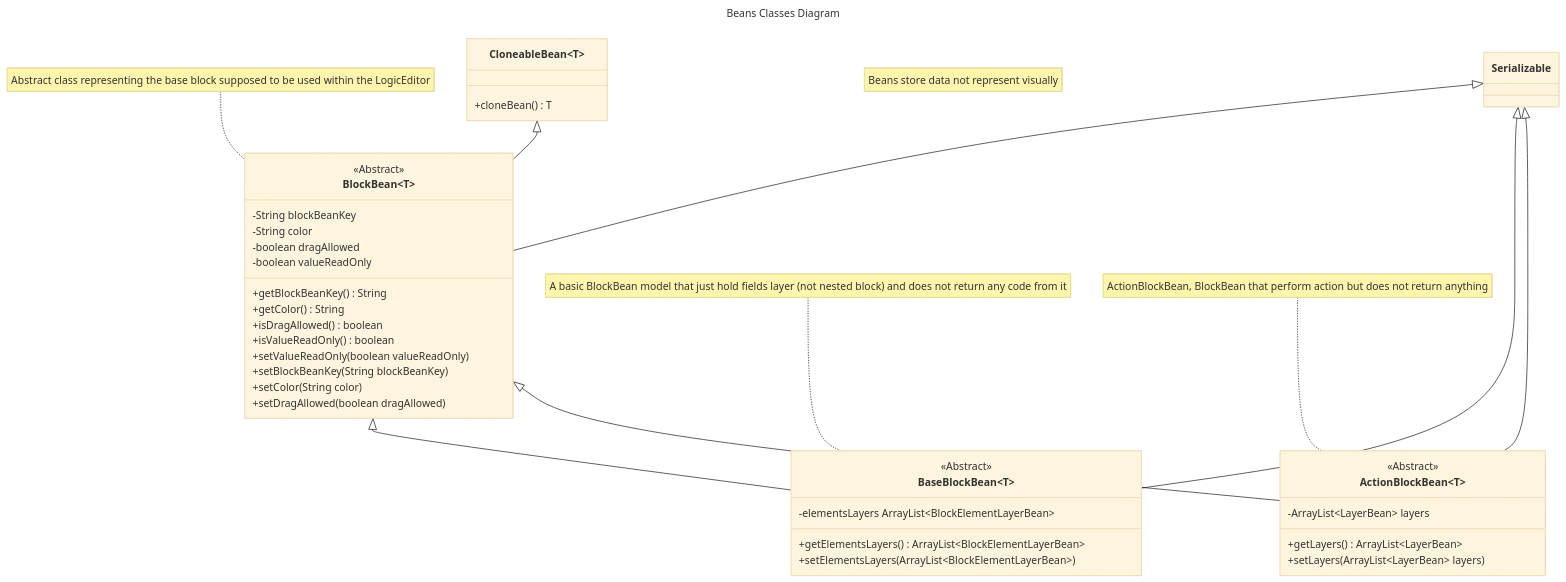
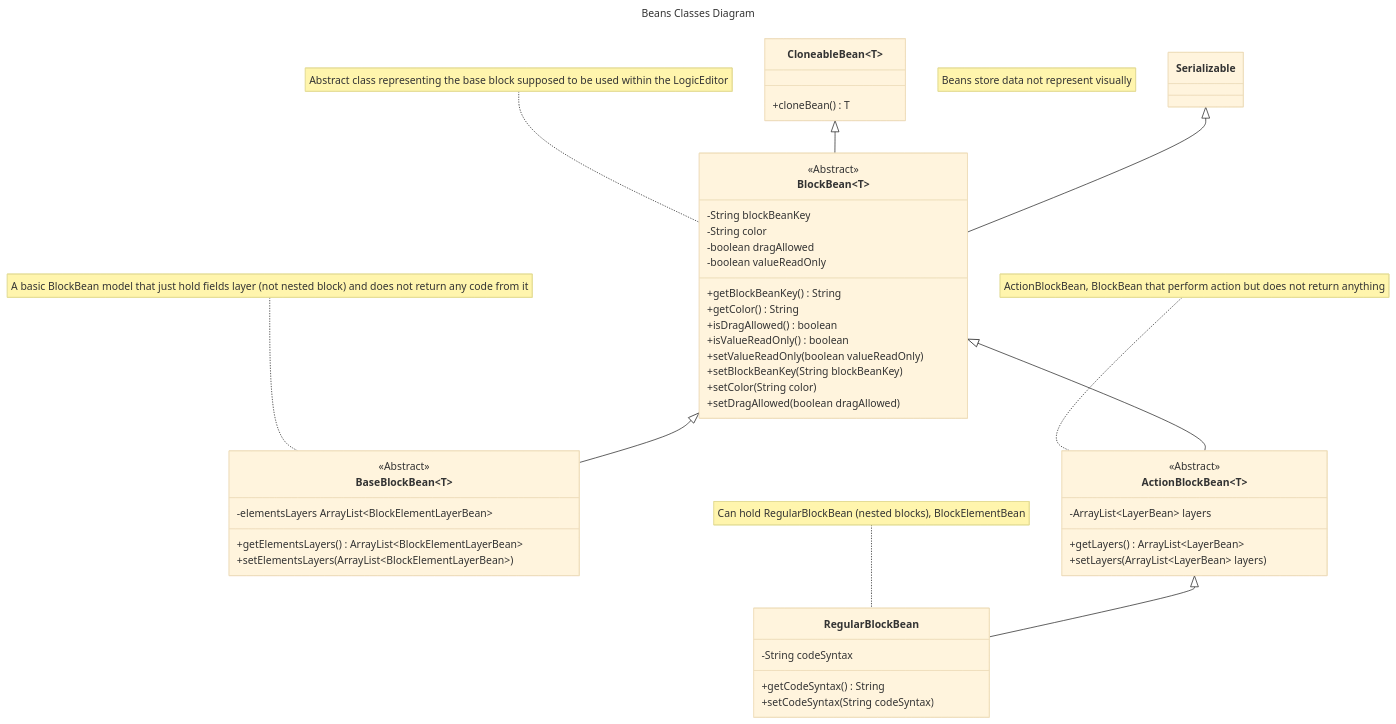
Before and after one commit to Innovative-CST/AndroidAppStudio: the diagram in docs/beans-classes.md, drawn with Mermaid (base theme).

Commit message:
uml: add UML of class RegularBlockBean

````diff
--- a/docs/beans-classes.md
+++ b/docs/beans-classes.md
@@ -1,55 +1,63 @@
 ```mermaid
 ---
 title: Beans Classes Diagram
 ---
 classDiagram
     note "Beans store data not represent visually"
     class CloneableBean~T~ {
         +cloneBean() T
     }
 
     class BlockBean~T~ {
         <<Abstract>>
 
         -String blockBeanKey
 	    -String color
 	    -boolean dragAllowed
 	    -boolean valueReadOnly
 
         +getBlockBeanKey() String
         +getColor() String
         +isDragAllowed() boolean
         +isValueReadOnly() boolean
         +setValueReadOnly(boolean valueReadOnly)
         +setBlockBeanKey(String blockBeanKey)
         +setColor(String color)
         +setDragAllowed(boolean dragAllowed)
     }
     note for BlockBean "Abstract class representing the base block supposed to be used within the LogicEditor"
     CloneableBean~T~ <|-- BlockBean~T~
     Serializable <|-- BlockBean~T~
 
     class BaseBlockBean~T~ {
         <<Abstract>>
 
         -elementsLayers ArrayList~BlockElementLayerBean~
 
         +getElementsLayers() ArrayList~BlockElementLayerBean~
         +setElementsLayers(ArrayList~BlockElementLayerBean~)
     }
     note for BaseBlockBean "A basic BlockBean model that just hold fields layer (not nested block) and does not return any code from it"
     BlockBean~T~ <|-- BaseBlockBean~T~
-    Serializable <|-- BaseBlockBean~T~
 
     class ActionBlockBean~T~ {
         <<Abstract>>
 
         -ArrayList~LayerBean~ layers
 
         +getLayers() ArrayList~LayerBean~
         +setLayers(ArrayList~LayerBean~ layers)
     }
     note for ActionBlockBean "ActionBlockBean, BlockBean that perform action but does not return anything"
     BlockBean~T~ <|-- ActionBlockBean~T~
-    Serializable <|-- ActionBlockBean~T~
+
+    class RegularBlockBean {
+        -String codeSyntax
+
+        +getCodeSyntax() String
+        +setCodeSyntax(String codeSyntax)
+    }
+
+    ActionBlockBean~RegularBlockBean~ <|-- RegularBlockBean
+    note for RegularBlockBean "Can hold RegularBlockBean (nested blocks), BlockElementBean"
 ```
````
